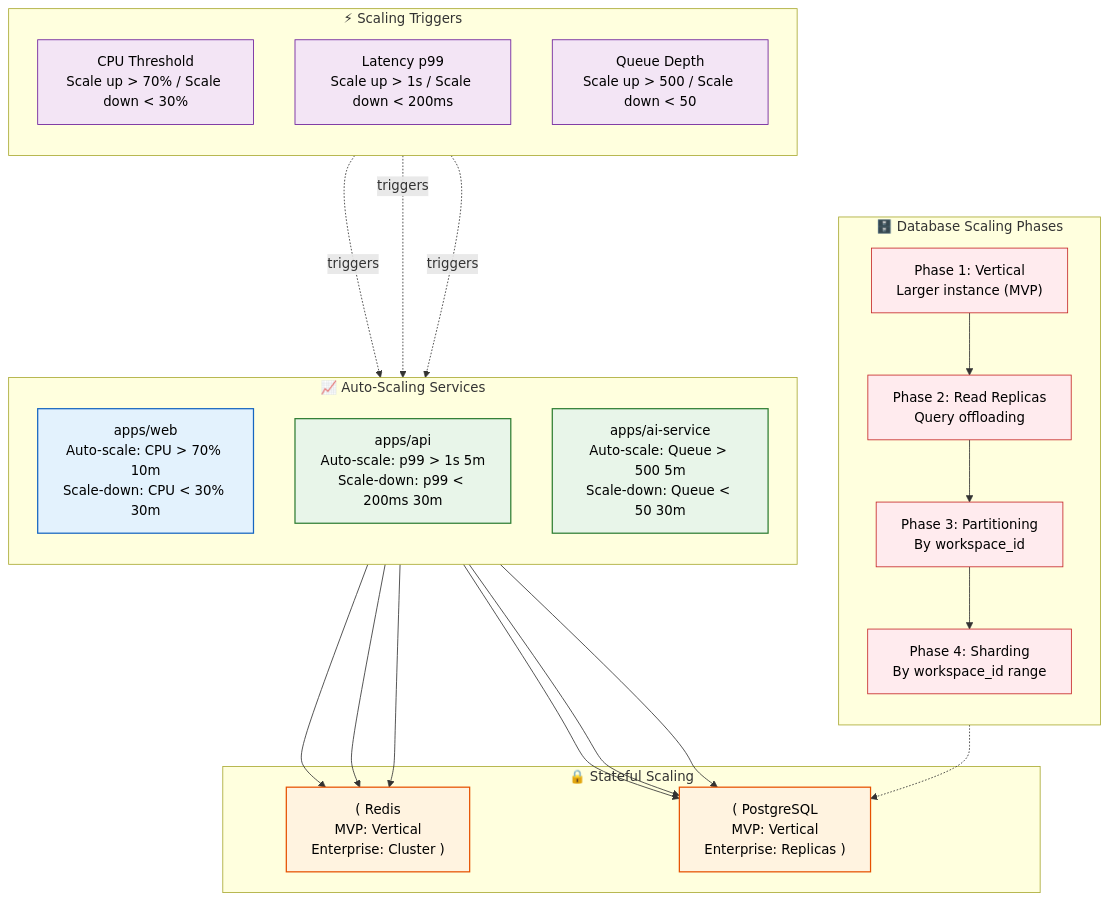
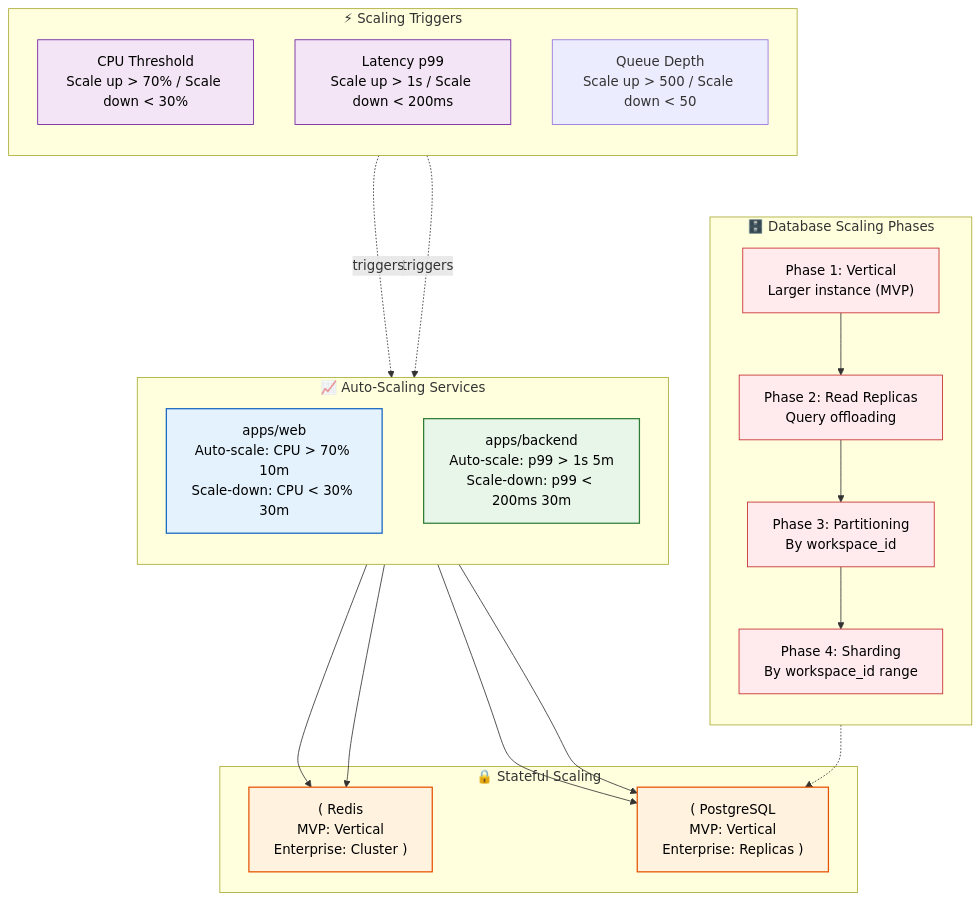
One commit to Driftloom/Vaeloom changed the diagram in docs/architecture/Scalability.md. Above: the diagram before and after it, drawn with Mermaid. The commit also changed other lines of this file and 159 other files, not shown here.

````diff
--- a/docs/architecture/Scalability.md
+++ b/docs/architecture/Scalability.md
@@ -9,55 +9,51 @@
 ```mermaid
 graph TD
     classDef front fill:#e3f2fd,stroke:#1565c0,color:#000,stroke-width:1.5px
     classDef svc fill:#e8f5e9,stroke:#2e7d32,color:#000,stroke-width:1.5px
     classDef db fill:#fff3e0,stroke:#e65100,color:#000,stroke-width:1.5px
     classDef trigger fill:#f3e5f5,stroke:#6a1b9a,color:#000,stroke-width:1px
     classDef phase fill:#ffebee,stroke:#c62828,color:#000,stroke-width:1px
 
     subgraph AutoScaling["📈 Auto-Scaling Services"]
         direction TB
         WEB["apps/web<br/>Auto-scale: CPU > 70% 10m<br/>Scale-down: CPU < 30% 30m"]
-        API["apps/api<br/>Auto-scale: p99 > 1s 5m<br/>Scale-down: p99 < 200ms 30m"]
-        AI["apps/ai-service<br/>Auto-scale: Queue > 500 5m<br/>Scale-down: Queue < 50 30m"]
+        API["apps/backend<br/>Auto-scale: p99 > 1s 5m<br/>Scale-down: p99 < 200ms 30m"]
     end
 
     subgraph Triggers["⚡ Scaling Triggers"]
         direction TB
         T1["CPU Threshold<br/>Scale up > 70% / Scale down < 30%"]
         T2["Latency p99<br/>Scale up > 1s / Scale down < 200ms"]
         T3["Queue Depth<br/>Scale up > 500 / Scale down < 50"]
     end
 
     subgraph Database_Scale["🗄️ Database Scaling Phases"]
         direction TB
         P1["Phase 1: Vertical<br/>Larger instance (MVP)"]
         P2["Phase 2: Read Replicas<br/>Query offloading"]
         P3["Phase 3: Partitioning<br/>By workspace_id"]
         P4["Phase 4: Sharding<br/>By workspace_id range"]
     end
 
     subgraph Stateful["🔒 Stateful Scaling"]
         REDIS["( Redis<br/>MVP: Vertical<br/>Enterprise: Cluster )"]
         PG["( PostgreSQL<br/>MVP: Vertical<br/>Enterprise: Replicas )"]
     end
 
     T1 -.->|triggers| WEB
     T2 -.->|triggers| API
-    T3 -.->|triggers| AI
     WEB --> PG
     WEB --> REDIS
     API --> PG
     API --> REDIS
-    AI --> PG
-    AI --> REDIS
 
     P1 --> P2 --> P3 --> P4
     P4 -.-> PG
 
     class WEB front
-    class API,AI svc
+    class API svc
     class PG,REDIS db
-    class T1,T2,T3 trigger
+    class T1,T2 trigger
     class P1,P2,P3,P4 phase
 
 ```
````
